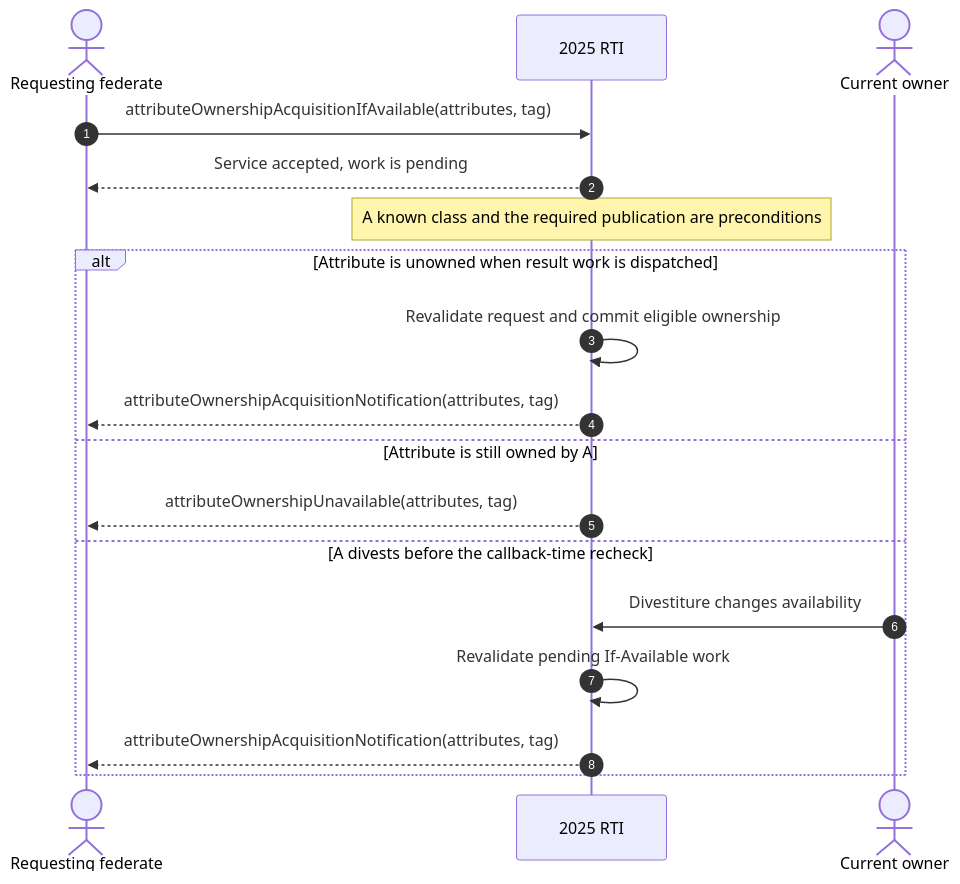
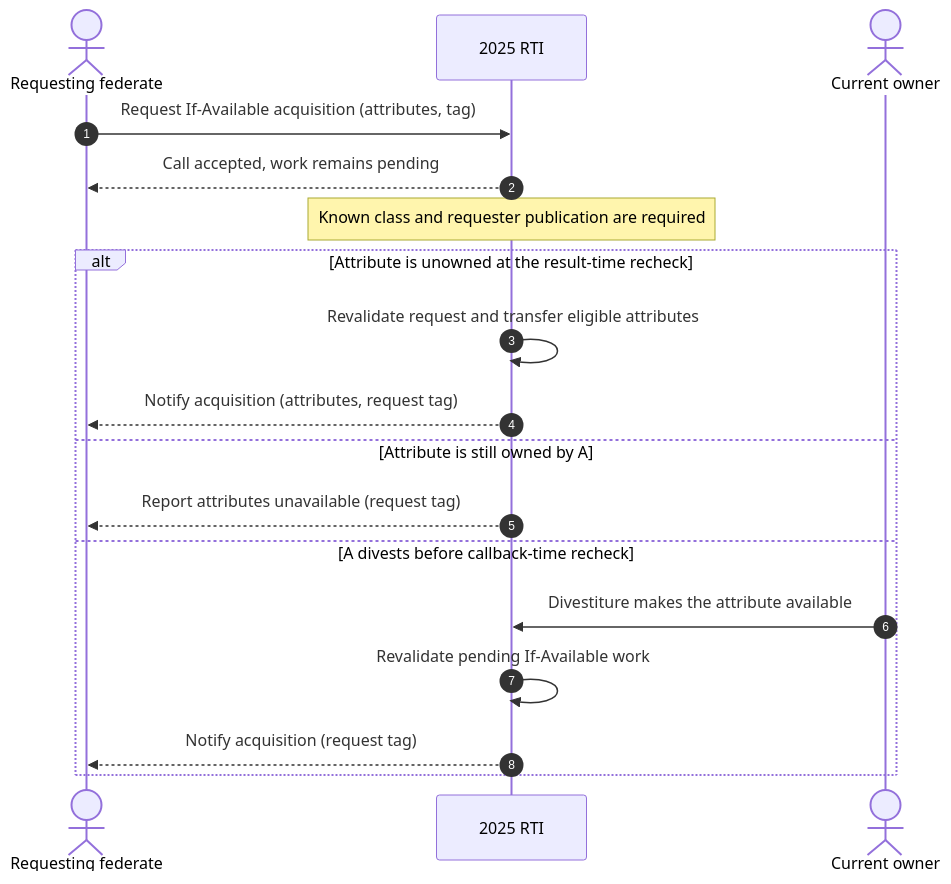
One commit to sheepfling/umbra changed the eighth of 18 diagrams in docs/design/HLA-2025-ATTRIBUTE-OWNERSHIP-FLOW-GUIDE.md. Above: the diagram before and after it, drawn with Mermaid. The commit also changed other lines of this file and 822 other files, not shown here.

````diff
--- a/docs/design/HLA-2025-ATTRIBUTE-OWNERSHIP-FLOW-GUIDE.md
+++ b/docs/design/HLA-2025-ATTRIBUTE-OWNERSHIP-FLOW-GUIDE.md
@@ -139,21 +573,21 @@
 ```mermaid
 sequenceDiagram
   autonumber
   actor B as Requesting federate
   participant RTI as 2025 RTI
   actor A as Current owner
 
-  B->>RTI: attributeOwnershipAcquisitionIfAvailable(attributes, tag)
-  RTI-->>B: Service accepted, work is pending
-  Note over RTI: A known class and the required publication are preconditions
-  alt Attribute is unowned when result work is dispatched
-    RTI->>RTI: Revalidate request and commit eligible ownership
-    RTI-->>B: attributeOwnershipAcquisitionNotification(attributes, tag)
+  B->>RTI: Request If-Available acquisition (attributes, tag)
+  RTI-->>B: Call accepted, work remains pending
+  Note over RTI: Known class and requester publication are required
+  alt Attribute is unowned at the result-time recheck
+    RTI->>RTI: Revalidate request and transfer eligible attributes
+    RTI-->>B: Notify acquisition (attributes, request tag)
   else Attribute is still owned by A
-    RTI-->>B: attributeOwnershipUnavailable(attributes, tag)
-  else A divests before the callback-time recheck
-    A->>RTI: Divestiture changes availability
+    RTI-->>B: Report attributes unavailable (request tag)
+  else A divests before callback-time recheck
+    A->>RTI: Divestiture makes the attribute available
     RTI->>RTI: Revalidate pending If-Available work
-    RTI-->>B: attributeOwnershipAcquisitionNotification(attributes, tag)
+    RTI-->>B: Notify acquisition (request tag)
   end
 ```
````
